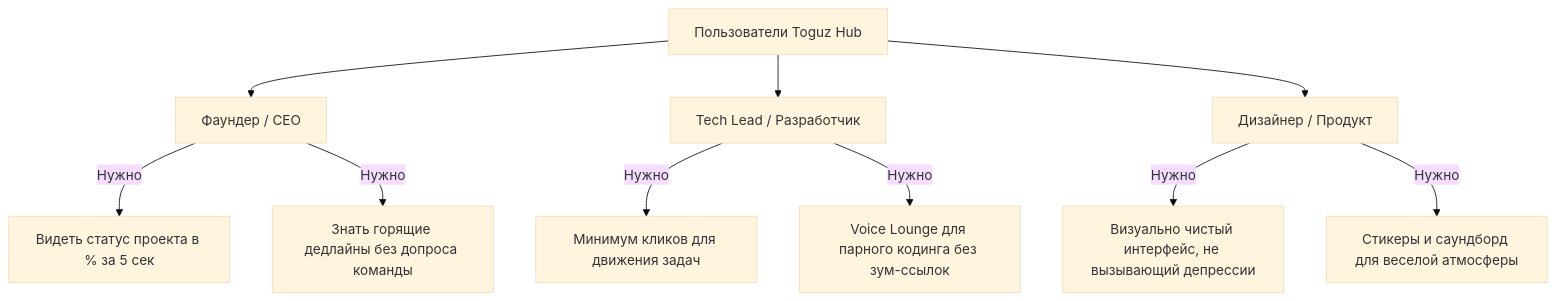
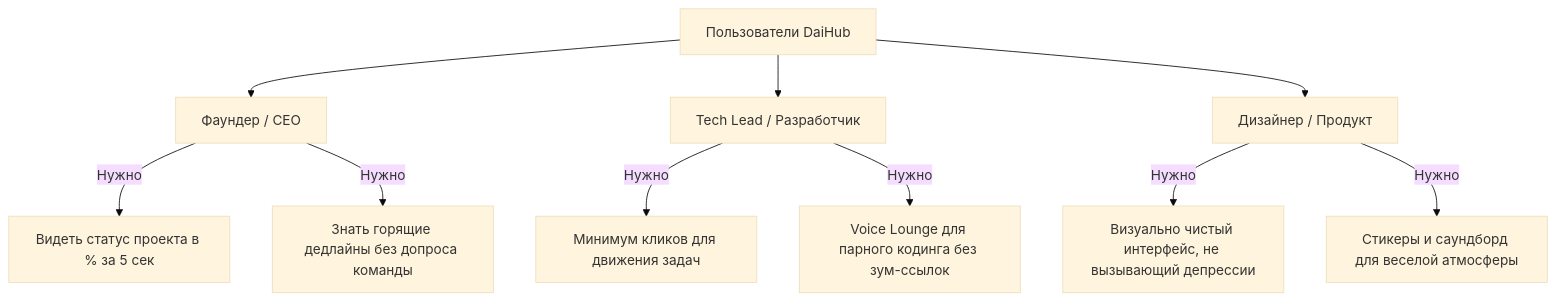
Before and after one commit to Sharpy17/TD: the diagram in instructions/01_Product_Requirements/01_Product_Vision_&_Scope.md, drawn with Mermaid (base theme). The commit also changed other lines of this file and 43 other files, not shown here.

First line of the commit message:
chore: rebrand Toguz Hub to DaiHub

````diff
--- a/instructions/01_Product_Requirements/01_Product_Vision_&_Scope.md
+++ b/instructions/01_Product_Requirements/01_Product_Vision_&_Scope.md
@@ -28,15 +28,15 @@
 ```mermaid
 graph TD
-    A[Пользователи Toguz Hub] --> B[Фаундер / CEO]
+    A[Пользователи DaiHub] --> B[Фаундер / CEO]
     A --> C[Tech Lead / Разработчик]
     A --> D[Дизайнер / Продукт]
     
     B -->|Нужно| B1[Видеть статус проекта в % за 5 сек]
     B -->|Нужно| B2[Знать горящие дедлайны без допроса команды]
     
     C -->|Нужно| C1[Минимум кликов для движения задач]
     C -->|Нужно| C2[Voice Lounge для парного кодинга без зум-ссылок]
     
     D -->|Нужно| D1[Визуально чистый интерфейс, не вызывающий депрессии]
     D -->|Нужно| D2[Стикеры и саундборд для веселой атмосферы]
 ```
````
